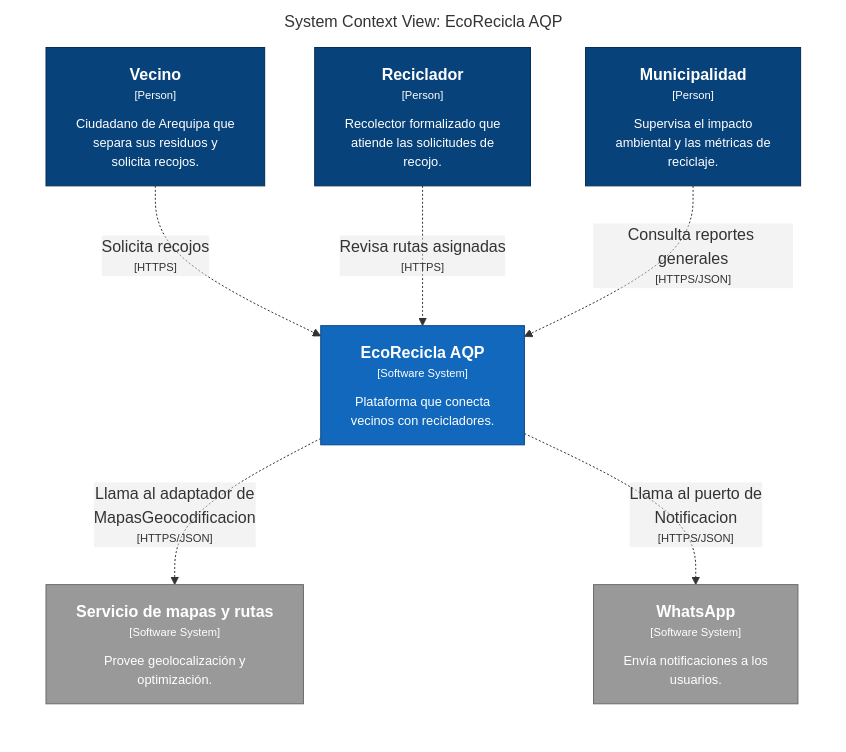
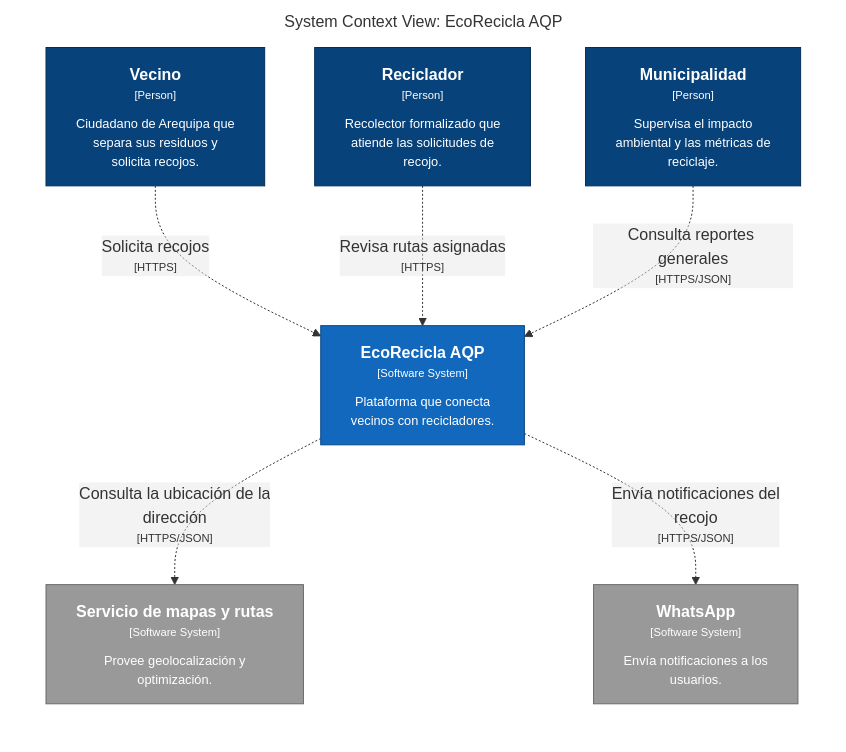
One commit to AntonyCondori/cs-2026b-lab04-grupo10 changed the diagram in docs/architecture/c4/export/structurizr-Contexto.mmd. Above: the diagram before and after it, drawn with Mermaid. The commit also changed 9 other files, not shown here.

```diff
--- a/docs/architecture/c4/export/structurizr-Contexto.mmd
+++ b/docs/architecture/c4/export/structurizr-Contexto.mmd
@@ -1,26 +1,26 @@
 graph LR
   linkStyle default fill:#ffffff
 
   subgraph diagram ["System Context View: EcoRecicla AQP"]
     style diagram fill:#ffffff,stroke:#ffffff
 
     1["<div style='font-weight: bold'>Vecino</div><div style='font-size: 70%; margin-top: 0px'>[Person]</div><div style='font-size: 80%; margin-top:10px'>Ciudadano de Arequipa que<br />separa sus residuos y<br />solicita recojos.</div>"]
     style 1 fill:#08427b,stroke:#052e56,color:#ffffff
     2["<div style='font-weight: bold'>Reciclador</div><div style='font-size: 70%; margin-top: 0px'>[Person]</div><div style='font-size: 80%; margin-top:10px'>Recolector formalizado que<br />atiende las solicitudes de<br />recojo.</div>"]
     style 2 fill:#08427b,stroke:#052e56,color:#ffffff
     3["<div style='font-weight: bold'>Municipalidad</div><div style='font-size: 70%; margin-top: 0px'>[Person]</div><div style='font-size: 80%; margin-top:10px'>Supervisa el impacto<br />ambiental y las métricas de<br />reciclaje.</div>"]
     style 3 fill:#08427b,stroke:#052e56,color:#ffffff
     4["<div style='font-weight: bold'>Servicio de mapas y rutas</div><div style='font-size: 70%; margin-top: 0px'>[Software System]</div><div style='font-size: 80%; margin-top:10px'>Provee geolocalización y<br />optimización.</div>"]
     style 4 fill:#999999,stroke:#6b6b6b,color:#ffffff
     5["<div style='font-weight: bold'>WhatsApp</div><div style='font-size: 70%; margin-top: 0px'>[Software System]</div><div style='font-size: 80%; margin-top:10px'>Envía notificaciones a los<br />usuarios.</div>"]
     style 5 fill:#999999,stroke:#6b6b6b,color:#ffffff
     6["<div style='font-weight: bold'>EcoRecicla AQP</div><div style='font-size: 70%; margin-top: 0px'>[Software System]</div><div style='font-size: 80%; margin-top:10px'>Plataforma que conecta<br />vecinos con recicladores.</div>"]
     style 6 fill:#1168bd,stroke:#0b4884,color:#ffffff
 
     1-. "<div>Solicita recojos</div><div style='font-size: 70%'>[HTTPS]</div>" .->6
     2-. "<div>Revisa rutas asignadas</div><div style='font-size: 70%'>[HTTPS]</div>" .->6
     3-. "<div>Consulta reportes generales</div><div style='font-size: 70%'>[HTTPS/JSON]</div>" .->6
-    6-. "<div>Llama al adaptador de<br />MapasGeocodificacion</div><div style='font-size: 70%'>[HTTPS/JSON]</div>" .->4
-    6-. "<div>Llama al puerto de<br />Notificacion</div><div style='font-size: 70%'>[HTTPS/JSON]</div>" .->5
+    6-. "<div>Consulta la ubicación de la<br />dirección</div><div style='font-size: 70%'>[HTTPS/JSON]</div>" .->4
+    6-. "<div>Envía notificaciones del<br />recojo</div><div style='font-size: 70%'>[HTTPS/JSON]</div>" .->5
 
   end
```
